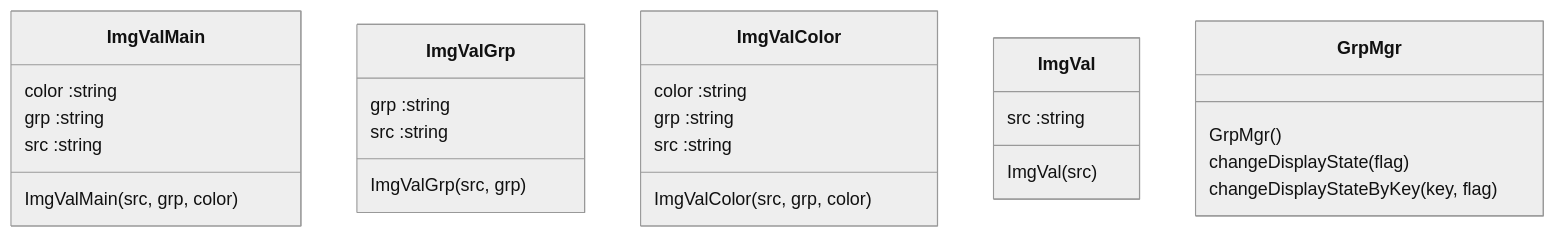
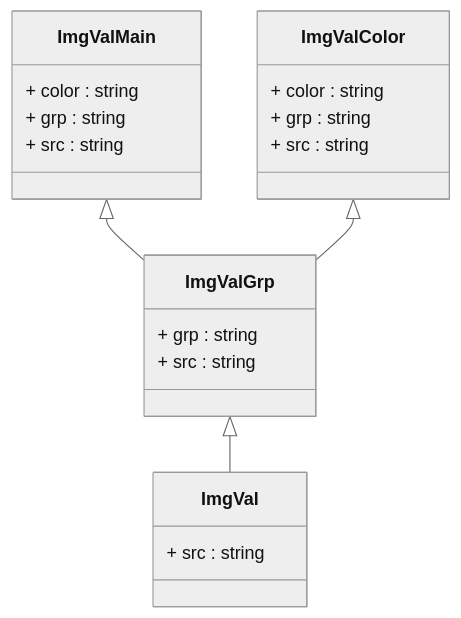
One commit to data2coordi/pub_makeup changed the diagram in classDiagram.md. Above: the diagram before and after it, drawn with Mermaid (neutral theme). The commit also changed other lines of this file and 1 other file, not shown here.

````diff
--- a/classDiagram.md
+++ b/classDiagram.md
@@ -118,34 +2,27 @@
 ```mermaid
 classDiagram
+class ImgVal {
++ src : string
+}
+
 class ImgValMain {
-ImgValMain(src, grp, color)
-color :string
-grp :string
-src :string
++ color : string
++ grp : string
++ src : string
+}
+
+class ImgValColor {
++ color : string
++ grp : string
++ src : string
 }
 
 class ImgValGrp {
-ImgValGrp(src, grp)
-grp :string
-src :string
++ grp : string
++ src : string
 }
 
-class ImgValColor {
-ImgValColor(src, grp, color)
-color :string
-grp :string
-src :string
-}
-
-class ImgVal {
-ImgVal(src)
-src :string
-}
-
-class GrpMgr {
-GrpMgr()
-changeDisplayState(flag)
-changeDisplayStateByKey(key, flag)
-}
-
+ImgValMain <|-- ImgValGrp
+ImgValColor <|-- ImgValGrp
+ImgValGrp <|-- ImgVal
 ```
````
